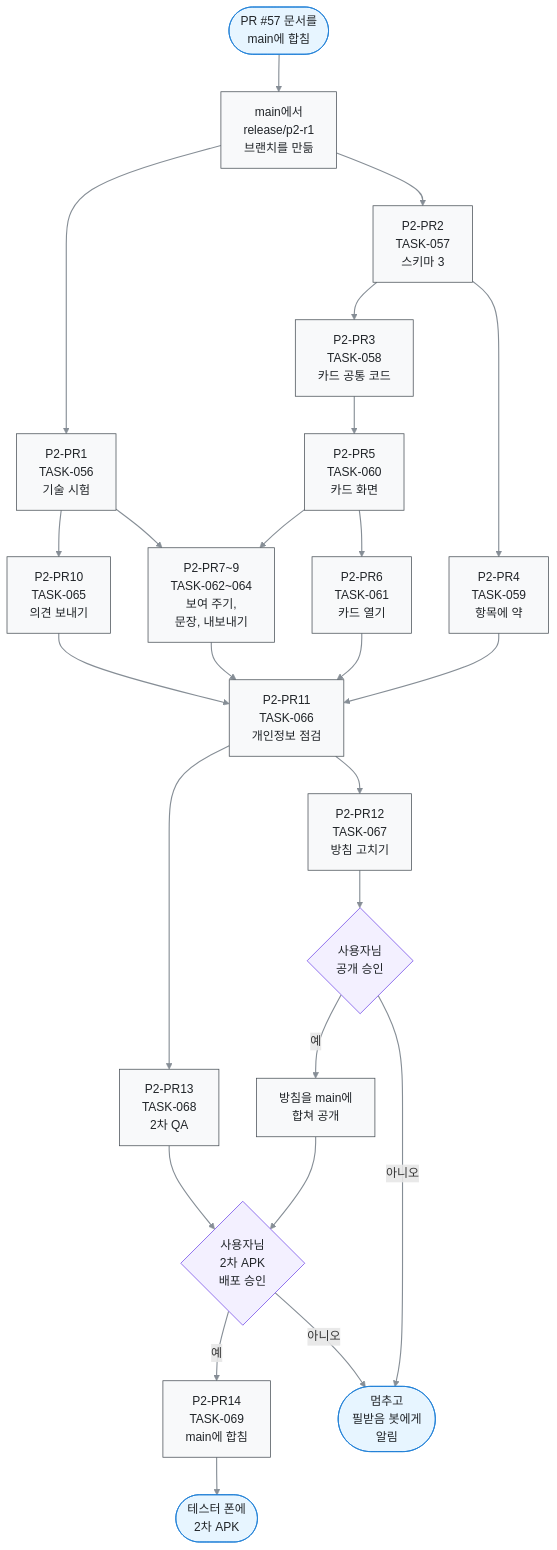
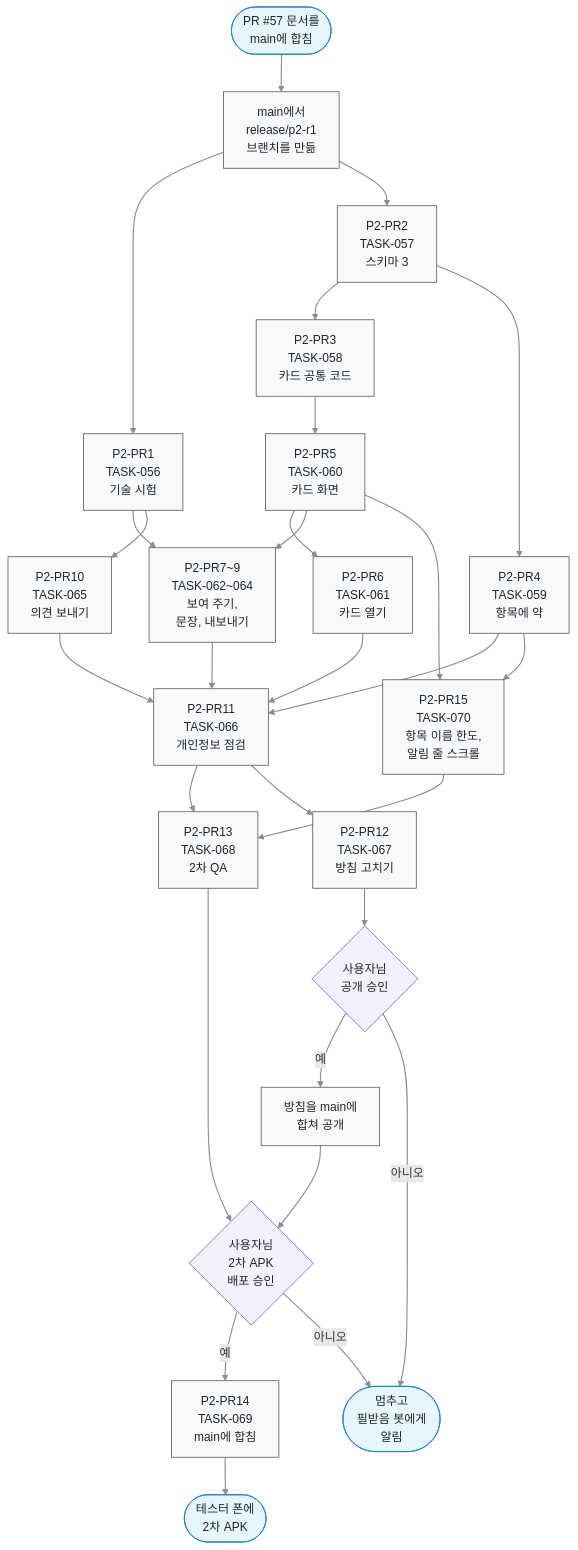
The second of 2 diagrams in docs/08-wbs/wbs.md (judangbang-ops/pillbadeum_release), drawn with Mermaid before and after one commit. The commit also changed other lines of this file and 8 other files, not shown here.

````diff
--- a/docs/08-wbs/wbs.md
+++ b/docs/08-wbs/wbs.md
@@ -343,36 +346,39 @@
 ```mermaid
 flowchart TD
   A(["PR #57 문서를<br/>main에 합침"]) e1@--> B["main에서<br/>release/p2-r1<br/>브랜치를 만듦"]
   B e2@--> P1["P2-PR1<br/>TASK-056<br/>기술 시험"]
   B e3@--> P2["P2-PR2<br/>TASK-057<br/>스키마 3"]
   P2 e4@--> P3["P2-PR3<br/>TASK-058<br/>카드 공통 코드"]
   P2 e5@--> P4["P2-PR4<br/>TASK-059<br/>항목에 약"]
   P3 e6@--> P5["P2-PR5<br/>TASK-060<br/>카드 화면"]
   P5 e7@--> P6["P2-PR6<br/>TASK-061<br/>카드 열기"]
   P5 e8@--> G["P2-PR7~9<br/>TASK-062~064<br/>보여 주기,<br/>문장, 내보내기"]
   P1 e9@--> G
   P1 e10@--> P10["P2-PR10<br/>TASK-065<br/>의견 보내기"]
   P4 e11@--> P11["P2-PR11<br/>TASK-066<br/>개인정보 점검"]
   P6 e12@--> P11
   G e13@--> P11
   P10 e14@--> P11
   P11 e15@--> P13["P2-PR13<br/>TASK-068<br/>2차 QA"]
+  P4 e25@--> P15["P2-PR15<br/>TASK-070<br/>항목 이름 한도,<br/>알림 줄 스크롤"]
+  P5 e26@--> P15
+  P15 e27@--> P13
   P11 e16@--> P12["P2-PR12<br/>TASK-067<br/>방침 고치기"]
   P12 e17@--> Q1{"사용자님<br/>공개 승인"}
   Q1 e18@-- 예 --> M1["방침을 main에<br/>합쳐 공개"]
   M1 e19@--> Q2{"사용자님<br/>2차 APK<br/>배포 승인"}
   P13 e20@--> Q2
   Q2 e21@-- 예 --> P14["P2-PR14<br/>TASK-069<br/>main에 합침"]
   P14 e22@--> Z(["테스터 폰에<br/>2차 APK"])
   Q1 e23@-- 아니오 --> S(["멈추고<br/>필받음 봇에게<br/>알림"])
   Q2 e24@-- 아니오 --> S
   %% legend: below
   classDef term fill:#e7f5ff,stroke:#1c7ed6,color:#212529
   classDef proc fill:#f8f9fa,stroke:#495057,color:#212529
   classDef decide fill:#f3f0ff,stroke:#7048e8,color:#212529
   classDef pass stroke:#868e96,stroke-width:1.5px
   class A,Z,S term
-  class B,P1,P2,P3,P4,P5,P6,G,P10,P11,P12,P13,M1,P14 proc
+  class B,P1,P2,P3,P4,P5,P6,G,P10,P11,P12,P13,M1,P14,P15 proc
   class Q1,Q2 decide
-  class e1,e2,e3,e4,e5,e6,e7,e8,e9,e10,e11,e12,e13,e14,e15,e16,e17,e18,e19,e20,e21,e22,e23,e24 pass
+  class e1,e2,e3,e4,e5,e6,e7,e8,e9,e10,e11,e12,e13,e14,e15,e16,e17,e18,e19,e20,e21,e22,e23,e24,e25,e26,e27 pass
 ```
````
